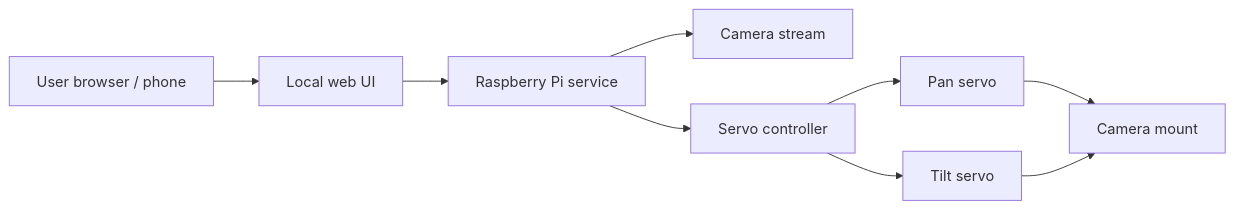
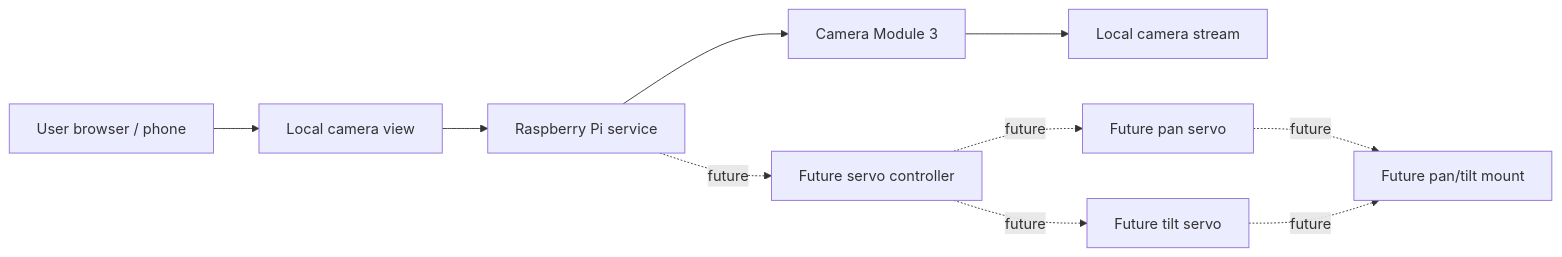
Before and after one commit to bvaj7x/pi-servocam-local: the diagram in docs/PROJECT_MAP.md, drawn with Mermaid. The commit also changed other lines of this file and 3 other files, not shown here.

Commit message:
Update docs for current Camera Module 3 hardware

````diff
--- a/docs/PROJECT_MAP.md
+++ b/docs/PROJECT_MAP.md
@@ -14,20 +20,22 @@
 ```mermaid
 flowchart LR
     User["User browser / phone"]
-    UI["Local web UI"]
+    UI["Local camera view"]
     Service["Raspberry Pi service"]
-    Stream["Camera stream"]
-    ServoController["Servo controller"]
-    Pan["Pan servo"]
-    Tilt["Tilt servo"]
-    Mount["Camera mount"]
+    Camera["Camera Module 3"]
+    Stream["Local camera stream"]
+    ServoController["Future servo controller"]
+    Pan["Future pan servo"]
+    Tilt["Future tilt servo"]
+    Mount["Future pan/tilt mount"]
 
     User --> UI
     UI --> Service
-    Service --> Stream
-    Service --> ServoController
-    ServoController --> Pan
-    ServoController --> Tilt
-    Pan --> Mount
-    Tilt --> Mount
+    Service --> Camera
+    Camera --> Stream
+    Service -. future .-> ServoController
+    ServoController -. future .-> Pan
+    ServoController -. future .-> Tilt
+    Pan -. future .-> Mount
+    Tilt -. future .-> Mount
 ```
````
